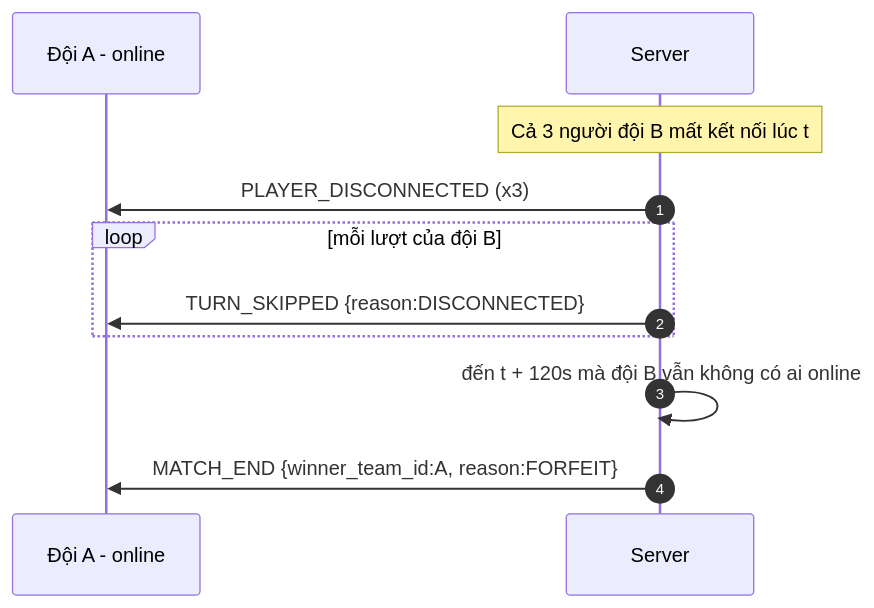
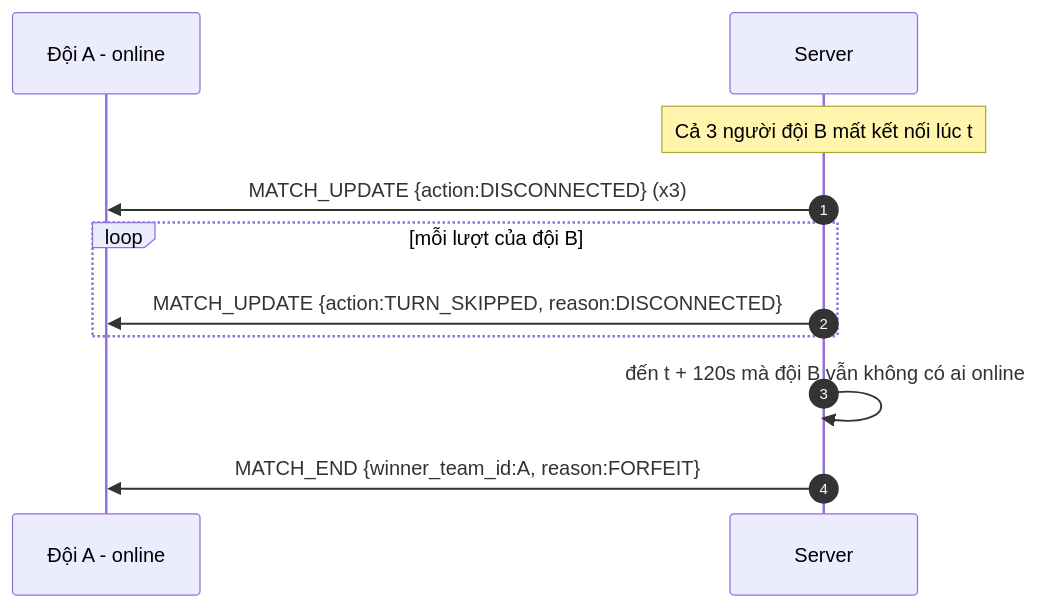
One commit to dson19/network changed the diagram in Project/docs/design/diagrams/sequence/23-timeout-forfeit.md. Above: the diagram before and after it, drawn with Mermaid. The commit also changed 24 other files, not shown here.

First line of the commit message:
Project: user_id identity, MATCH_UPDATE event, gun slots, PLAYER_LIST; rewrite report tables

````diff
--- a/Project/docs/design/diagrams/sequence/23-timeout-forfeit.md
+++ b/Project/docs/design/diagrams/sequence/23-timeout-forfeit.md
@@ -5,14 +5,14 @@
 ```mermaid
 sequenceDiagram
     autonumber
     participant A as Đội A - online
     participant S as Server
 
     Note over S: Cả 3 người đội B mất kết nối lúc t
-    S->>A: PLAYER_DISCONNECTED (x3)
+    S->>A: MATCH_UPDATE {action:DISCONNECTED} (x3)
     loop mỗi lượt của đội B
-        S->>A: TURN_SKIPPED {reason:DISCONNECTED}
+        S->>A: MATCH_UPDATE {action:TURN_SKIPPED, reason:DISCONNECTED}
     end
     S->>S: đến t + 120s mà đội B vẫn không có ai online
     S->>A: MATCH_END {winner_team_id:A, reason:FORFEIT}
 ```
````
